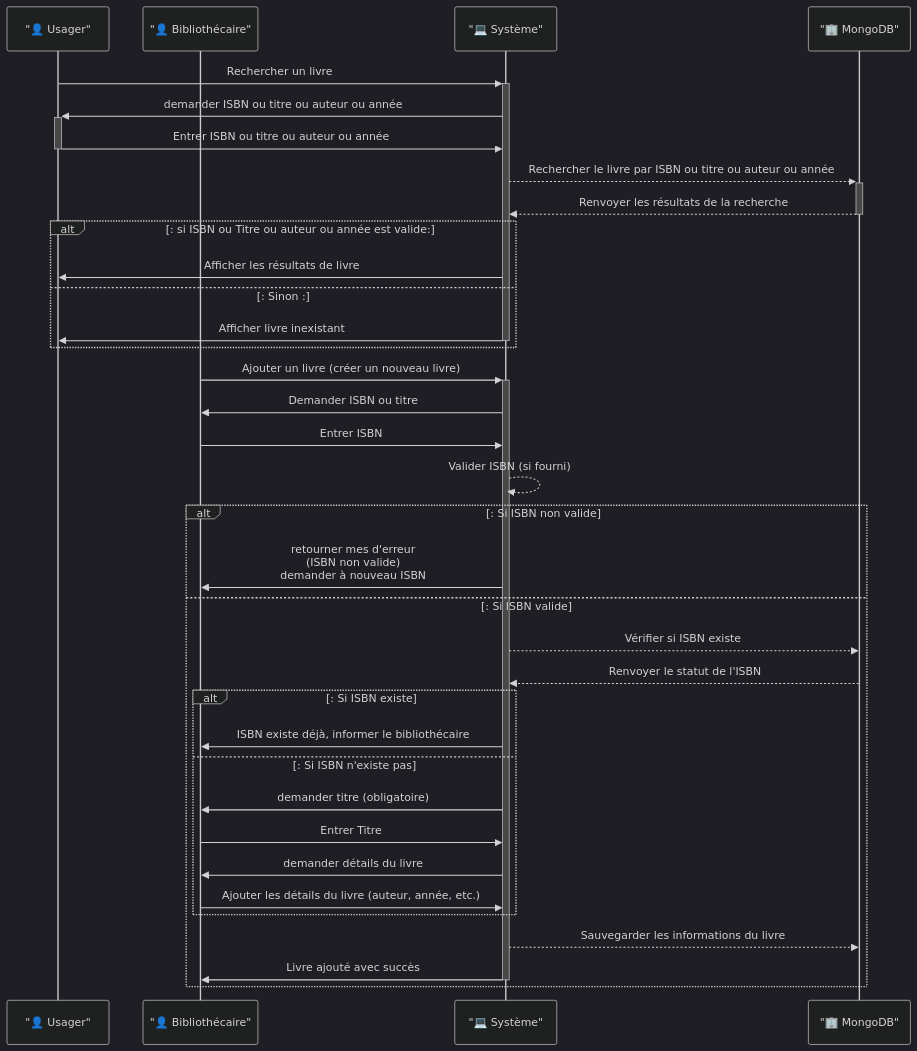
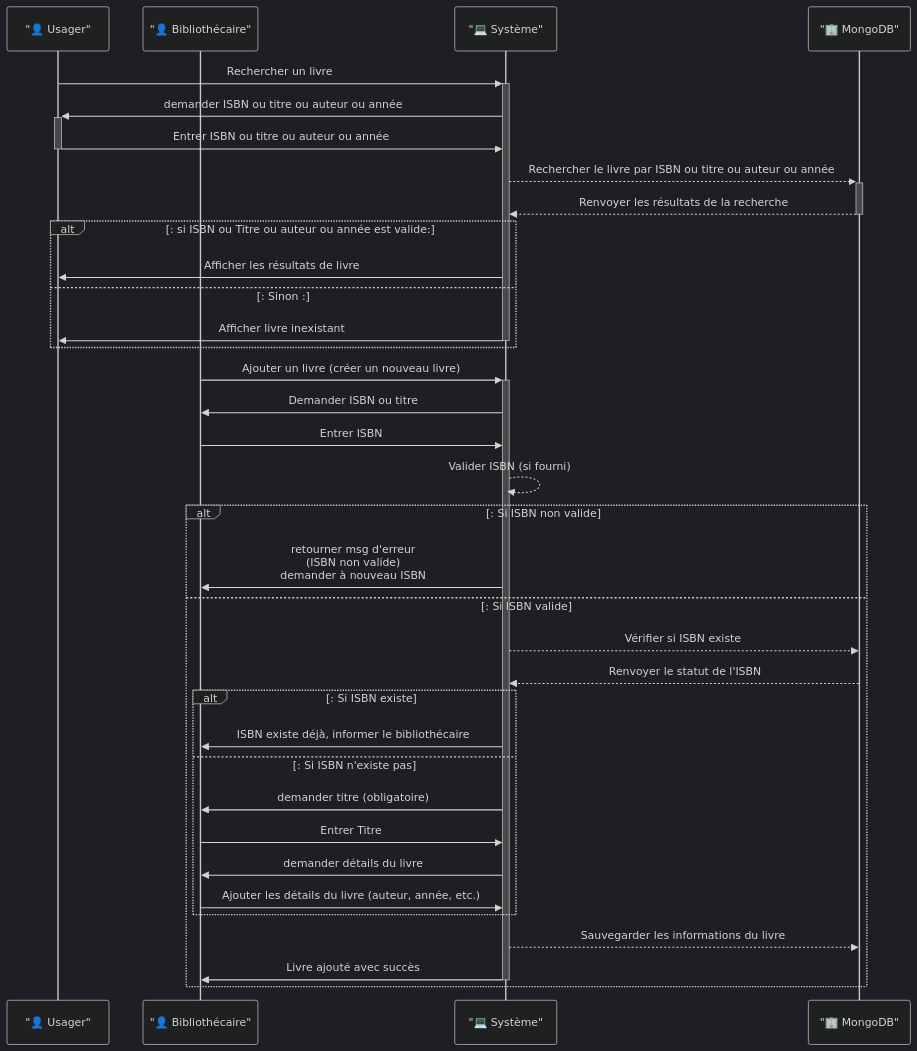
The diagram in README.md (Jazouja/tp2), drawn with Mermaid (dark theme) before and after one commit.

````diff
--- a/README.md
+++ b/README.md
@@ -27,47 +27,47 @@
 ```mermaid
 sequenceDiagram
     participant Usager as "👤 Usager"
      participant Bibliothécaire as "👤 Bibliothécaire"
     participant Système as "💻 Système"
     participant MongoDB as "🏢 MongoDB"
 
     Usager->> + Système: Rechercher un livre
         Système ->> + Usager : demander ISBN ou titre ou auteur ou année
         Usager ->> - Système : Entrer ISBN ou titre ou auteur ou année
         Système-->> +MongoDB: Rechercher le livre par ISBN ou titre ou auteur ou année
         MongoDB-->>-Système: Renvoyer les résultats de la recherche
 
         alt : si ISBN ou Titre ou auteur ou année est valide:
             Système->>Usager: Afficher les résultats de livre
         else : Sinon : 
             Système ->> - Usager : Afficher livre inexistant
         end
 
     Bibliothécaire->> + Système: Ajouter un livre (créer un nouveau livre)
     Système->>Bibliothécaire: Demander ISBN ou titre
        
     Bibliothécaire->>Système: Entrer ISBN   
     Système-->>Système: Valider ISBN (si fourni)
     alt : Si ISBN non valide
-     Système ->> Bibliothécaire : retourner mes d'erreur<br>(ISBN non valide)<br>demander à nouveau ISBN
+     Système ->> Bibliothécaire : retourner msg d'erreur<br>(ISBN non valide)<br>demander à nouveau ISBN
      
     else : Si ISBN valide
     Système-->>MongoDB: Vérifier si ISBN existe
     MongoDB-->>Système: Renvoyer le statut de l'ISBN
         alt : Si ISBN existe
             Système->>Bibliothécaire: ISBN existe déjà, informer le bibliothécaire
         else : Si ISBN n'existe pas
             Système ->> Bibliothécaire: demander titre (obligatoire)
             Bibliothécaire->>Système: Entrer Titre 
             Système ->> Bibliothécaire: demander détails du livre
             Bibliothécaire->>Système: Ajouter les détails du livre (auteur, année, etc.)
         end
        
        
 
     Système-->>MongoDB: Sauvegarder les informations du livre
     Système->> - Bibliothécaire: Livre ajouté avec succès
     end
     
 
 ```
````
